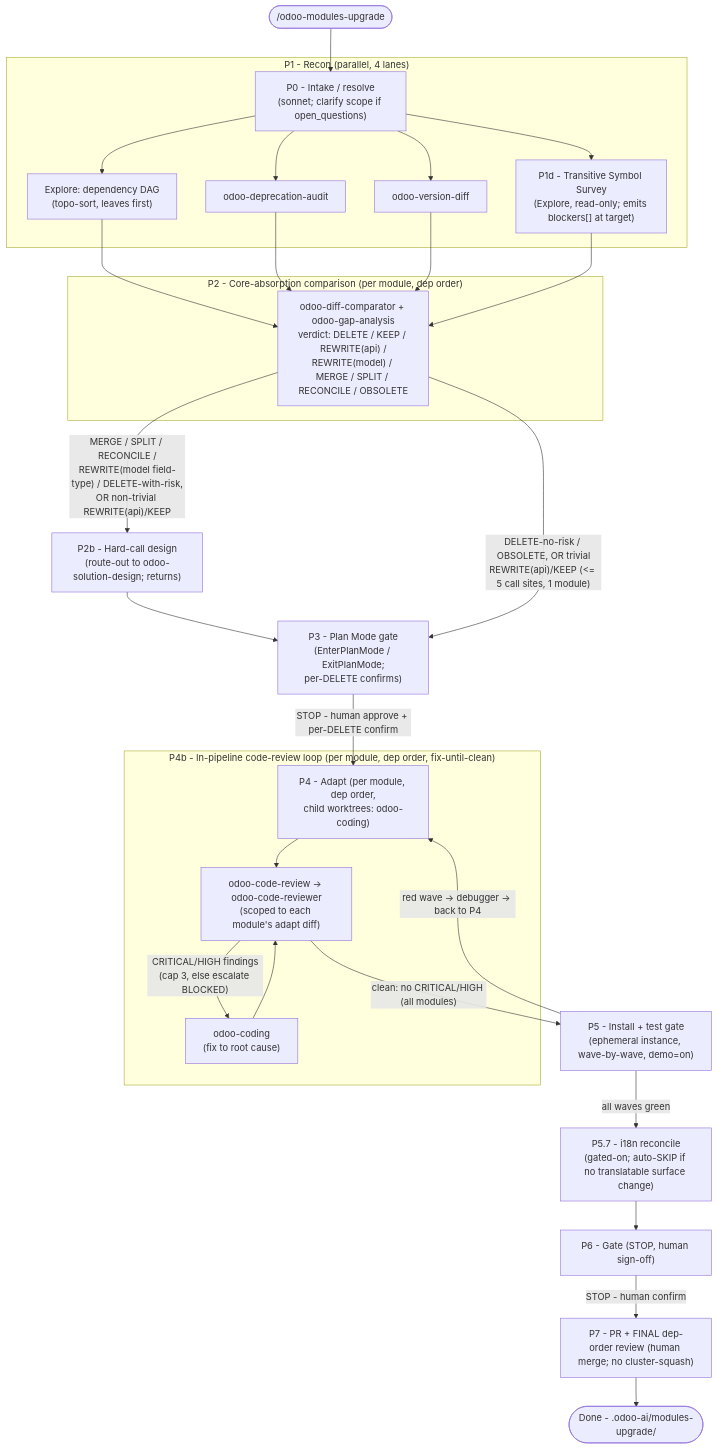
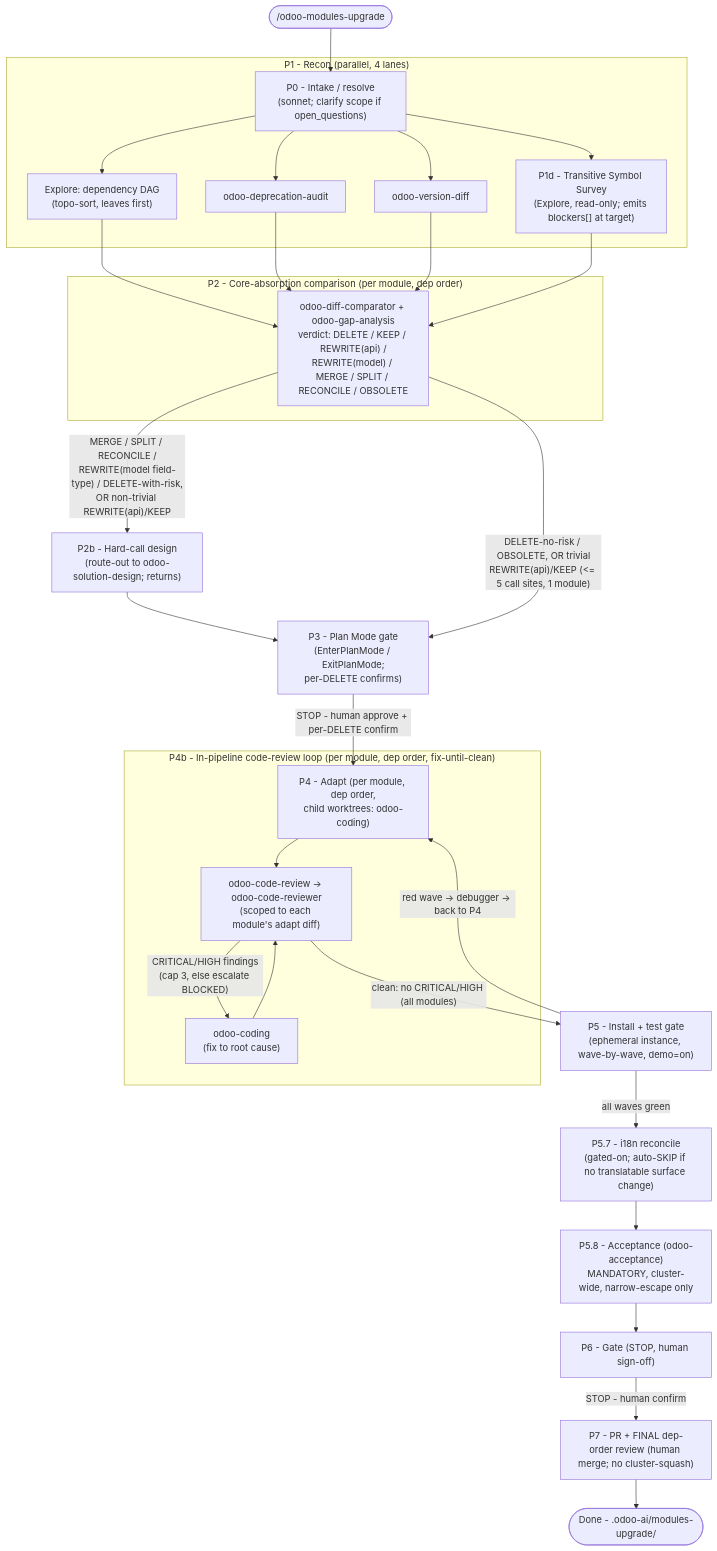
One commit to Viindoo/odoo-mcp-client changed the seventh of 8 diagrams in plugins/odoo-ai-agents/README.md. Above: the diagram before and after it, drawn with Mermaid. The commit also changed other lines of this file and 3 other files, not shown here.

````diff
--- a/plugins/odoo-ai-agents/README.md
+++ b/plugins/odoo-ai-agents/README.md
@@ -495,37 +498,38 @@
 ```mermaid
 flowchart TD
     START(["/odoo-modules-upgrade"])
     START --> P0["P0 - Intake / resolve<br/>(sonnet; clarify scope if open_questions)"]
 
     subgraph P1_grp["P1 - Recon (parallel, 4 lanes)"]
         P0 --> R1["Explore: dependency DAG<br/>(topo-sort, leaves first)"]
         P0 --> R2["odoo-deprecation-audit"]
         P0 --> R3["odoo-version-diff"]
         P0 --> R4["P1d - Transitive Symbol Survey<br/>(Explore, read-only; emits blockers[] at target)"]
     end
 
     subgraph P2_grp["P2 - Core-absorption comparison (per module, dep order)"]
         R1 --> CMP["odoo-diff-comparator + odoo-gap-analysis<br/>verdict: DELETE / KEEP / REWRITE(api) /<br/>REWRITE(model) / MERGE / SPLIT / RECONCILE / OBSOLETE"]
     end
     R2 --> CMP
     R3 --> CMP
     R4 --> CMP
 
     CMP -->|"MERGE / SPLIT / RECONCILE /<br/>REWRITE(model field-type) / DELETE-with-risk,<br/>OR non-trivial REWRITE(api)/KEEP"| P2b["P2b - Hard-call design<br/>(route-out to odoo-solution-design; returns)"]
     P2b --> P3_gate
     CMP -->|"DELETE-no-risk / OBSOLETE, OR trivial<br/>REWRITE(api)/KEEP (<= 5 call sites, 1 module)"| P3_gate["P3 - Plan Mode gate<br/>(EnterPlanMode / ExitPlanMode;<br/>per-DELETE confirms)"]
     P3_gate -->|"STOP - human approve + per-DELETE confirm"| P4["P4 - Adapt (per module, dep order,<br/>child worktrees: odoo-coding)"]
 
     subgraph P4b_grp["P4b - In-pipeline code-review loop (per module, dep order, fix-until-clean)"]
         P4 --> RV["odoo-code-review -> odoo-code-reviewer<br/>(scoped to each module's adapt diff)"]
         RV -->|"CRITICAL/HIGH findings<br/>(cap 3, else escalate BLOCKED)"| FX["odoo-coding<br/>(fix to root cause)"]
         FX --> RV
     end
 
     RV -->|"clean: no CRITICAL/HIGH (all modules)"| P5["P5 - Install + test gate<br/>(ephemeral instance, wave-by-wave, demo=on)"]
     P5 -->|"red wave -> debugger -> back to P4"| P4
     P5 -->|"all waves green"| P57["P5.7 - i18n reconcile<br/>(gated-on; auto-SKIP if no translatable surface change)"]
-    P57 --> P6["P6 - Gate (STOP, human sign-off)"]
+    P57 --> P58["P5.8 - Acceptance (odoo-acceptance)<br/>MANDATORY, cluster-wide, narrow-escape only"]
+    P58 --> P6["P6 - Gate (STOP, human sign-off)"]
     P6 -->|"STOP - human confirm"| P7["P7 - PR + FINAL dep-order review (human merge; no cluster-squash)"]
     P7 --> DONE(["Done - .odoo-ai/modules-upgrade/"])
 ```
````
